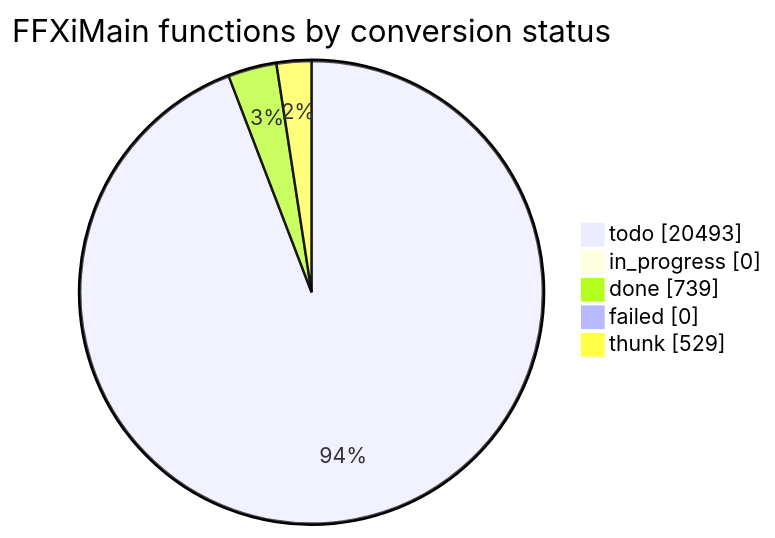
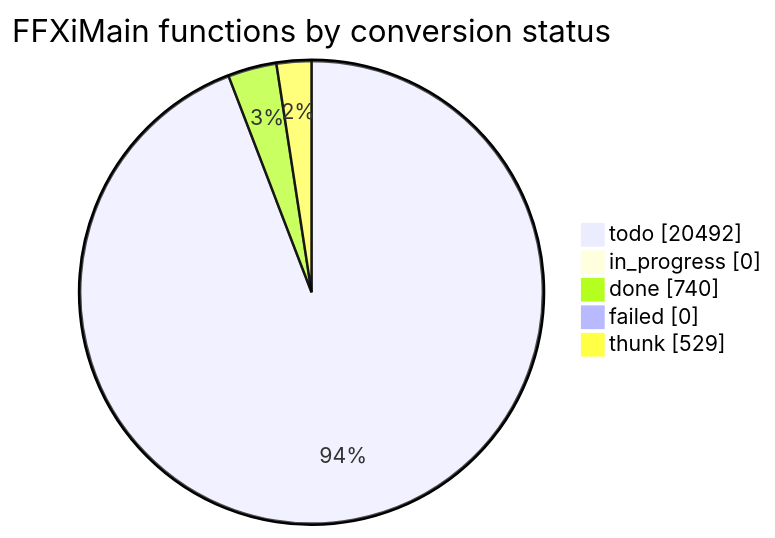
The diagram in docs/cow/STATUS.md (cowrevenge/cow_kuluu_xi_anything), drawn with Mermaid before and after one commit. The commit also changed other lines of this file and 9 other files, not shown here.

````diff
--- a/docs/cow/STATUS.md
+++ b/docs/cow/STATUS.md
@@ -18,9 +18,9 @@
 ```mermaid
 pie showData
     title FFXiMain functions by conversion status
-    "todo" : 20493
+    "todo" : 20492
     "in_progress" : 0
-    "done" : 739
+    "done" : 740
     "failed" : 0
     "thunk" : 529
 ```
````
